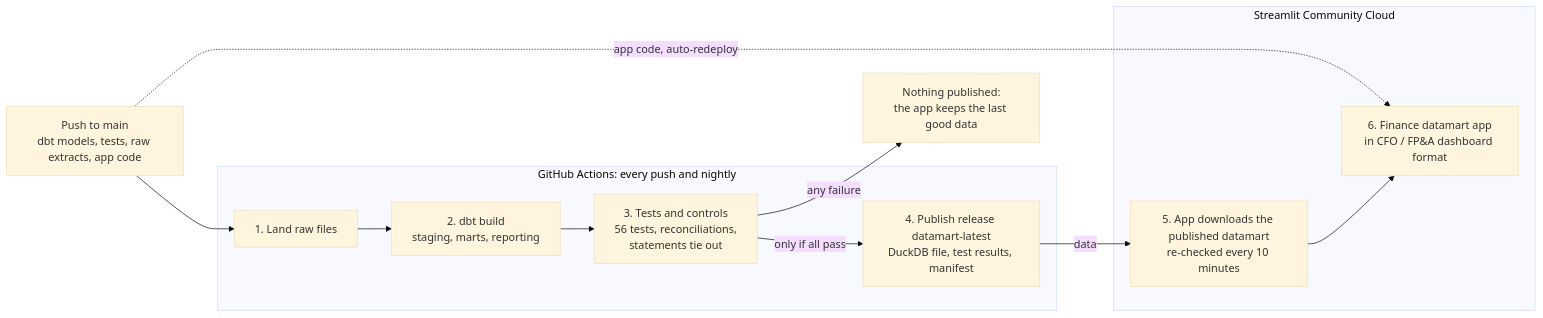
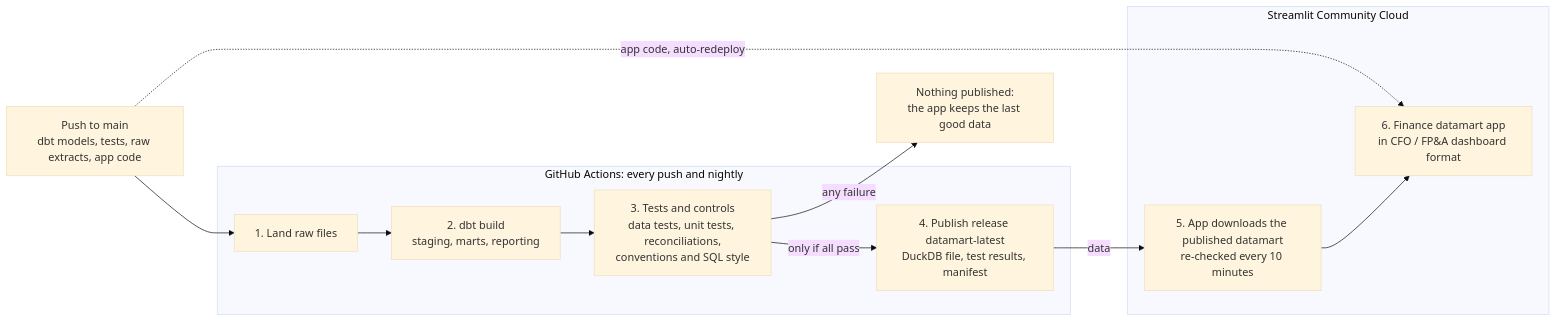
Before and after one commit to LeXuanNT/university-finance-datamart-demo: the diagram in README.md, drawn with Mermaid (base theme). The commit also changed other lines of this file and 76 other files, not shown here.

````diff
--- a/README.md
+++ b/README.md
@@ -111,15 +153,15 @@
 ```mermaid
 flowchart LR
   A[Push to main<br/>dbt models, tests, raw extracts, app code] --> B
   subgraph CI[GitHub Actions: every push and nightly]
     B[1. Land raw files] --> C[2. dbt build<br/>staging, marts, reporting]
-    C --> D[3. Tests and controls<br/>56 tests, reconciliations,<br/>statements tie out]
+    C --> D[3. Tests and controls<br/>data tests, unit tests, reconciliations,<br/>conventions and SQL style]
     D -- only if all pass --> E[4. Publish release datamart-latest<br/>DuckDB file, test results, manifest]
   end
   D -- any failure --> X[Nothing published:<br/>the app keeps the last good data]
   E -- data --> F
   A -. app code, auto-redeploy .-> G
   subgraph ST[Streamlit Community Cloud]
     F[5. App downloads the published datamart<br/>re-checked every 10 minutes] --> G[6. Finance datamart app<br/>in CFO / FP&A dashboard format]
   end
 ```
````
